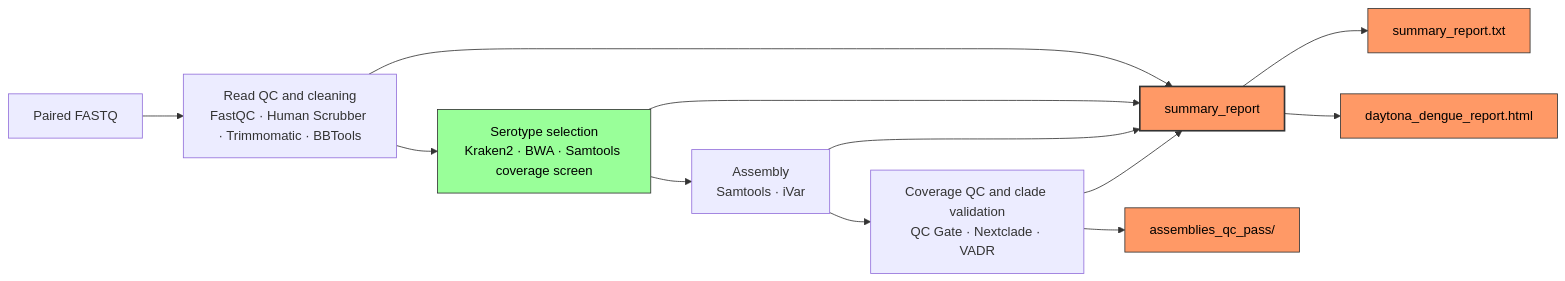
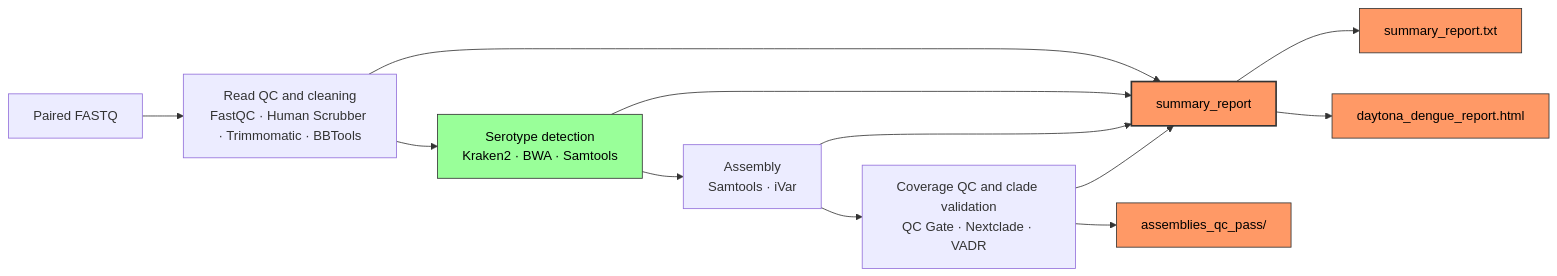
One commit to BPHL-Molecular/Daytona_dengue changed the diagram in README.md. Above: the diagram before and after it, drawn with Mermaid.

Commit message:
Reword the diagram's serotype stage label

````diff
--- a/README.md
+++ b/README.md
@@ -94,22 +94,22 @@
 ```mermaid
 flowchart LR
     IN[Paired FASTQ] --> QC["Read QC and cleaning<br/>FastQC · Human Scrubber · Trimmomatic · BBTools"]
-    QC --> SER["Serotype selection<br/>Kraken2 · BWA · Samtools coverage screen"]
+    QC --> SER["Serotype detection<br/>Kraken2 · BWA · Samtools"]
     SER --> ASM["Assembly<br/>Samtools · iVar"]
     ASM --> VAL["Coverage QC and clade validation<br/>QC Gate · Nextclade · VADR"]
 
     QC --> REP[summary_report]
     SER --> REP
     ASM --> REP
     VAL --> REP
 
     VAL --> AQP[assemblies_qc_pass/]
     REP --> OUT[summary_report.txt]
     REP --> DASH[daytona_dengue_report.html]
 
     style SER fill:#9f9,stroke:#333,color:#000
     style REP fill:#f96,stroke:#333,stroke-width:2px,color:#000
     style OUT fill:#f96,stroke:#333,color:#000
     style DASH fill:#f96,stroke:#333,color:#000
     style AQP fill:#f96,stroke:#333,color:#000
 ```
````
